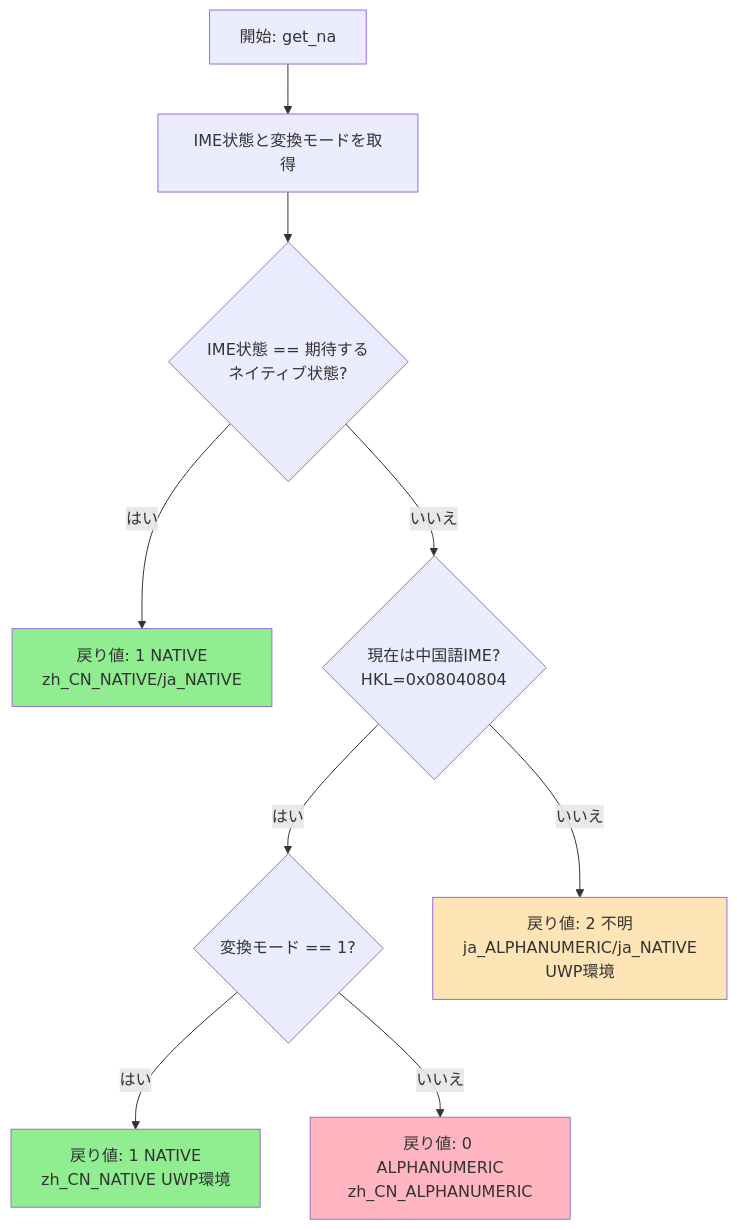
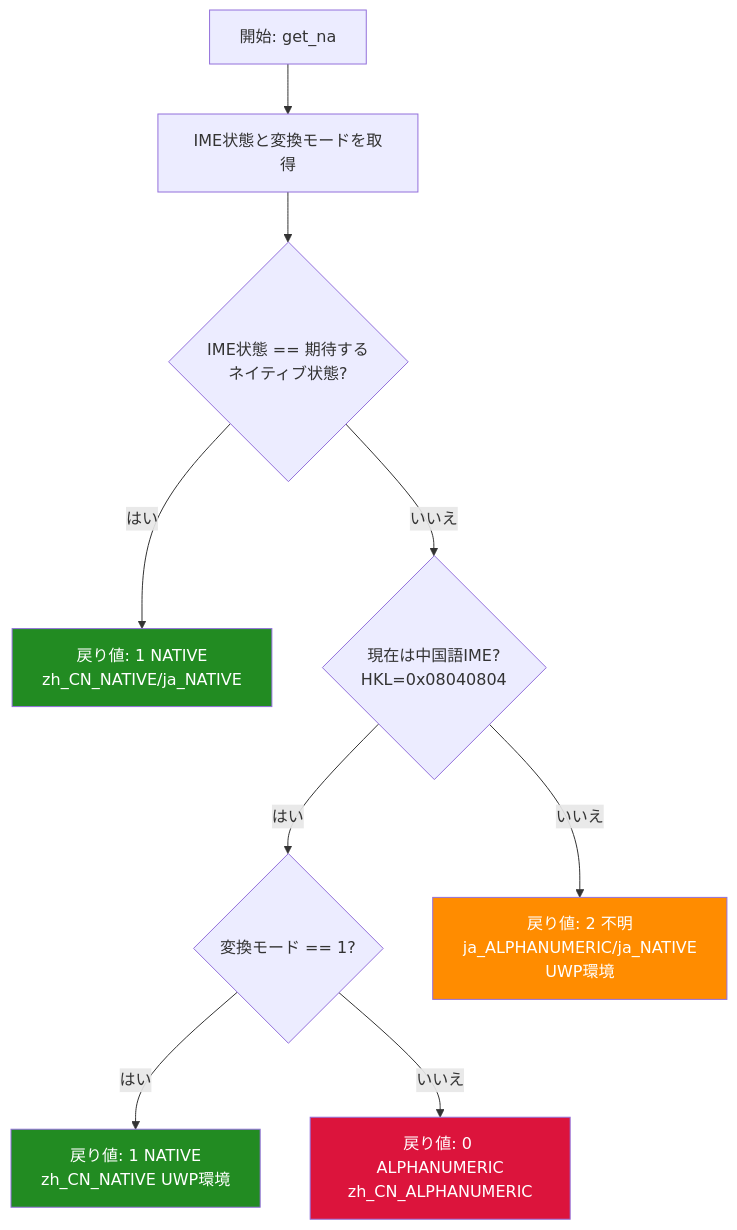
The diagram in IMESwitch/README.md (tojo17/AHK_scripts), drawn with Mermaid before and after one commit.

Commit message:
[skip ci] fix: update flowchart styles for better visibility

````diff
--- a/IMESwitch/README.md
+++ b/IMESwitch/README.md
@@ -68,16 +68,16 @@
 ```mermaid
 flowchart TD
     A[開始: get_na] --> B[IME状態と変換モードを取得]
     B --> C{IME状態 == 期待する<br/>ネイティブ状態?}
     C -->|はい| D[戻り値: 1 NATIVE<br/>zh_CN_NATIVE/ja_NATIVE]
     C -->|いいえ| E{現在は中国語IME?<br/>HKL=0x08040804}
     E -->|はい| F{変換モード == 1?}
     E -->|いいえ| G[戻り値: 2 不明<br/>ja_ALPHANUMERIC/ja_NATIVE<br/>UWP環境]
     F -->|はい| H[戻り値: 1 NATIVE<br/>zh_CN_NATIVE UWP環境]
     F -->|いいえ| I[戻り値: 0 ALPHANUMERIC<br/>zh_CN_ALPHANUMERIC]
     
-    style D fill:#90EE90
-    style H fill:#90EE90
-    style I fill:#FFB6C1
-    style G fill:#FFE4B5
+    style D fill:#228B22,color:#FFFFFF
+    style H fill:#228B22,color:#FFFFFF
+    style I fill:#DC143C,color:#FFFFFF
+    style G fill:#FF8C00,color:#FFFFFF
 ```
````
